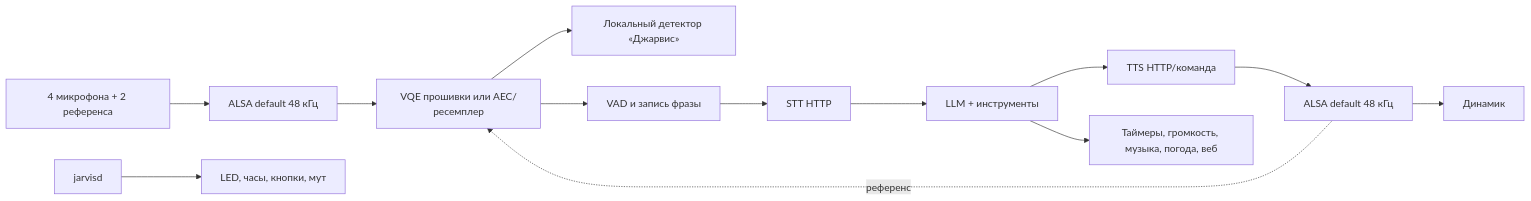
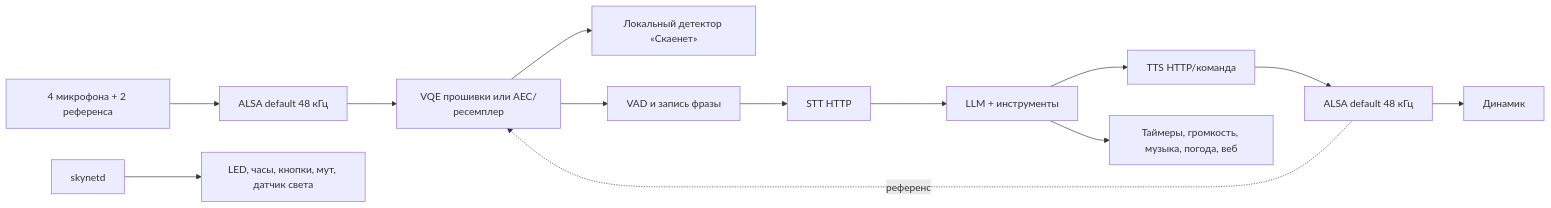
Before and after one commit to makriq-fun/petrovich-assistant: the diagram in README.md, drawn with Mermaid. The commit also changed other lines of this file and 128 other files, not shown here.

````diff
--- a/README.md
+++ b/README.md
@@ -45,15 +50,15 @@
 ```mermaid
 flowchart LR
     Mic[4 микрофона + 2 референса] --> ALSA[ALSA default 48 кГц]
     ALSA --> VQE[VQE прошивки или AEC/ресемплер]
-    VQE --> WW[Локальный детектор «Джарвис»]
+    VQE --> WW[Локальный детектор «Скаенет»]
     VQE --> VAD[VAD и запись фразы]
     VAD --> STT[STT HTTP]
     STT --> LLM[LLM + инструменты]
     LLM --> TTS[TTS HTTP/команда]
     TTS --> Play[ALSA default 48 кГц]
     Play --> Speaker[Динамик]
     Play -. референс .-> VQE
     LLM --> Tools[Таймеры, громкость, музыка, погода, веб]
-    Daemon[jarvisd] --> HW[LED, часы, кнопки, мут]
+    Daemon[skynetd] --> HW[LED, часы, кнопки, мут, датчик света]
 ```
````
